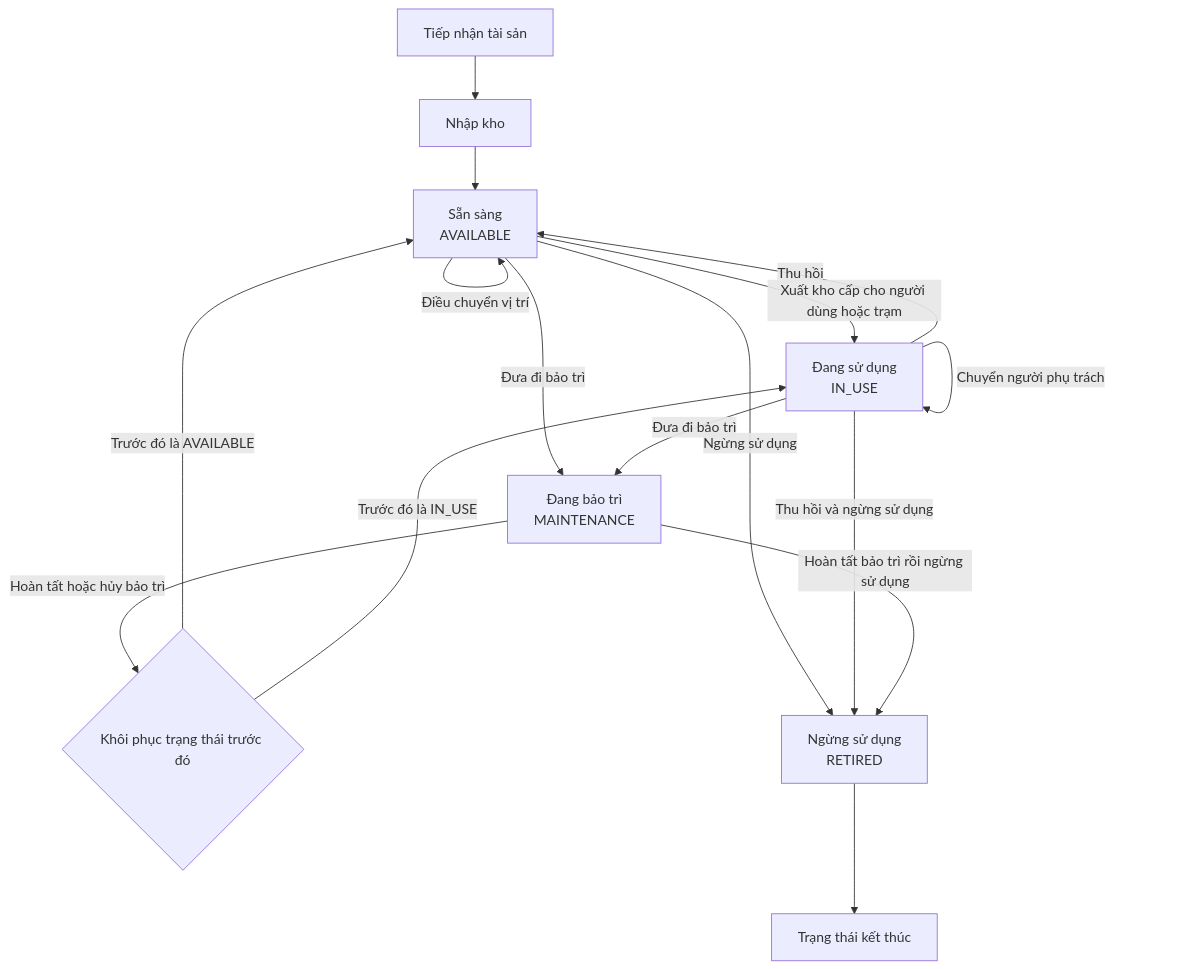
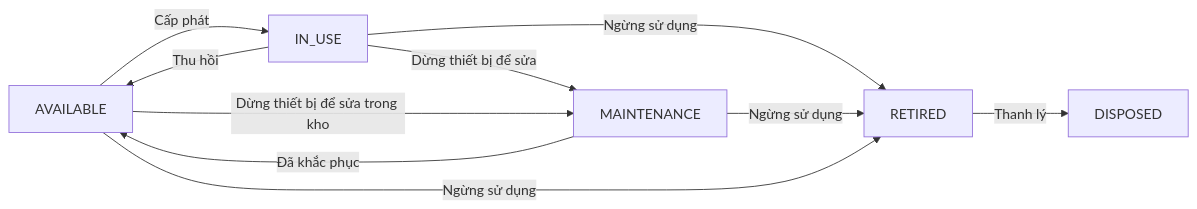
Before and after one commit to hanam197/IT-HELPDESK: the diagram in asset-lifecycle.md, drawn with Mermaid. The commit also changed other lines of this file and 68 other files, not shown here.

````diff
--- a/asset-lifecycle.md
+++ b/asset-lifecycle.md
@@ -5,25 +15,12 @@
 ```mermaid
-flowchart TD
-    A[Tiếp nhận tài sản] --> B[Nhập kho]
-    B --> C[Sẵn sàng<br/>AVAILABLE]
-
-    C -->|Xuất kho cấp cho người dùng hoặc trạm| D[Đang sử dụng<br/>IN_USE]
-    D -->|Thu hồi| C
-
-    C -->|Điều chuyển vị trí| C
-    D -->|Điều chuyển vị trí| D
-    D -->|Chuyển người phụ trách| D
-
-    C -->|Đưa đi bảo trì| E[Đang bảo trì<br/>MAINTENANCE]
-    D -->|Đưa đi bảo trì| E
-
-    E -->|Hoàn tất hoặc hủy bảo trì| F{Khôi phục trạng thái trước đó}
-   F -->|Trước đó là AVAILABLE| C
-    F -->|Trước đó là IN_USE| D
-
-    C -->|Ngừng sử dụng| G[Ngừng sử dụng<br/>RETIRED]
-    D -->|Thu hồi và ngừng sử dụng| G
-    E -->|Hoàn tất bảo trì rồi ngừng sử dụng| G
-
-    G --> H[Trạng thái kết thúc]
+flowchart LR
+    A[AVAILABLE] -->|Cấp phát| U[IN_USE]
+    U -->|Dừng thiết bị để sửa| M[MAINTENANCE]
+    M -->|Đã khắc phục| A
+    U -->|Ngừng sử dụng| R[RETIRED]
+    M -->|Ngừng sử dụng| R
+    R -->|Thanh lý| D[DISPOSED]
+    U -->|Thu hồi| A
+    A -->|Dừng thiết bị để sửa trong kho| M
+    A -->|Ngừng sử dụng| R
 ```
````
